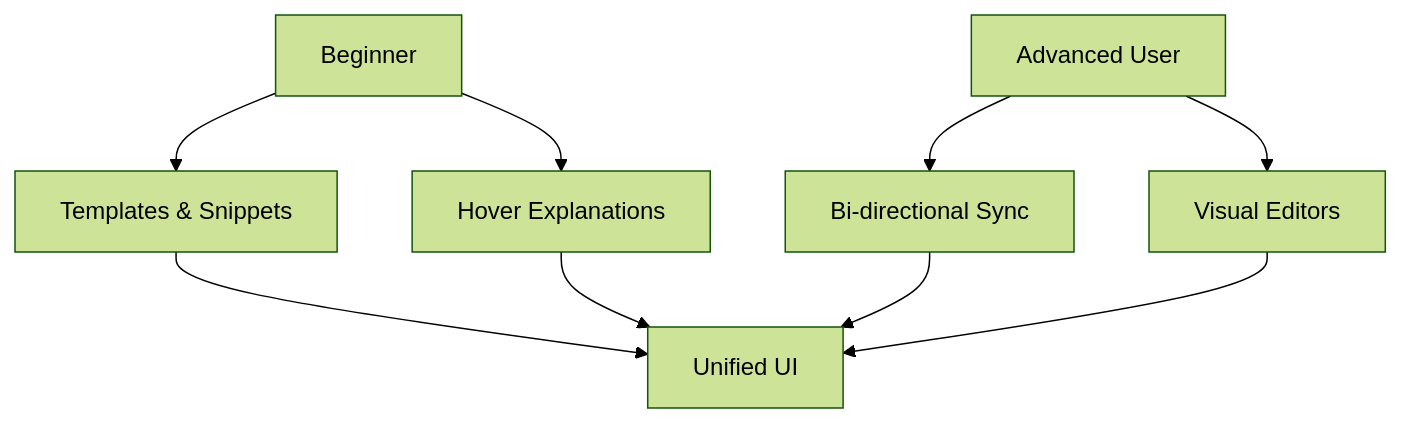
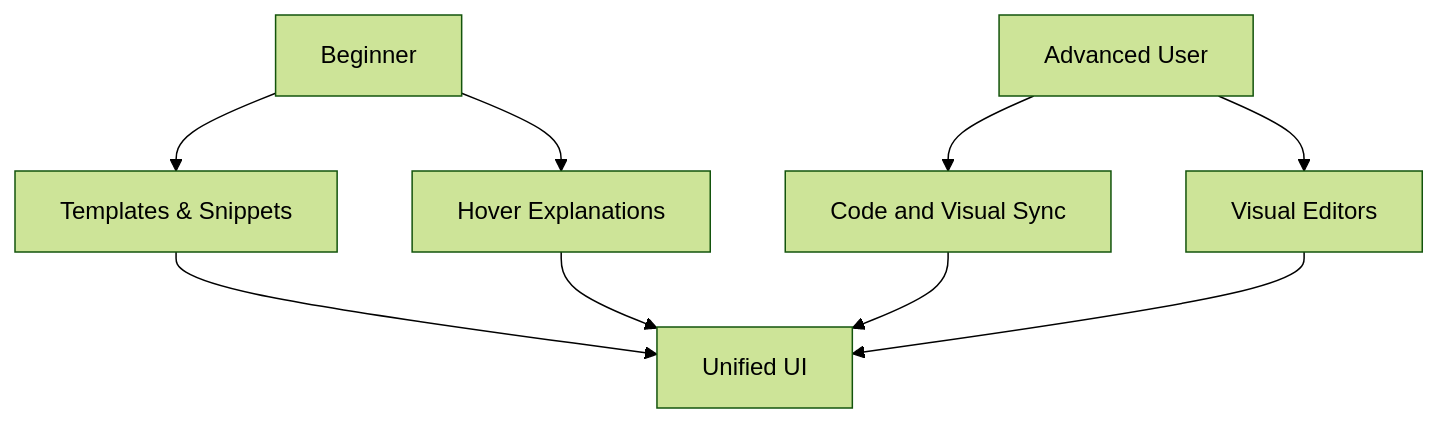
Before and after one commit to ongchonghian/universal-diagram-editor: the eighth of 9 diagrams in .qoder/repowiki/en/content/Project Overview.md, drawn with Mermaid (forest theme). The commit also changed other lines of this file and 31 other files, not shown here.

````diff
--- a/.qoder/repowiki/en/content/Project Overview.md
+++ b/.qoder/repowiki/en/content/Project Overview.md
@@ -311,11 +307,11 @@
 ```mermaid
 graph TB
 Beginner["Beginner"] --> Templates["Templates & Snippets"]
 Beginner --> Hover["Hover Explanations"]
-Advanced["Advanced User"] --> Sync["Bi-directional Sync"]
+Advanced["Advanced User"] --> Sync["Code and Visual Sync"]
 Advanced --> Visual["Visual Editors"]
 Templates --> UI["Unified UI"]
 Hover --> UI
 Sync --> UI
 Visual --> UI
 ```
````
